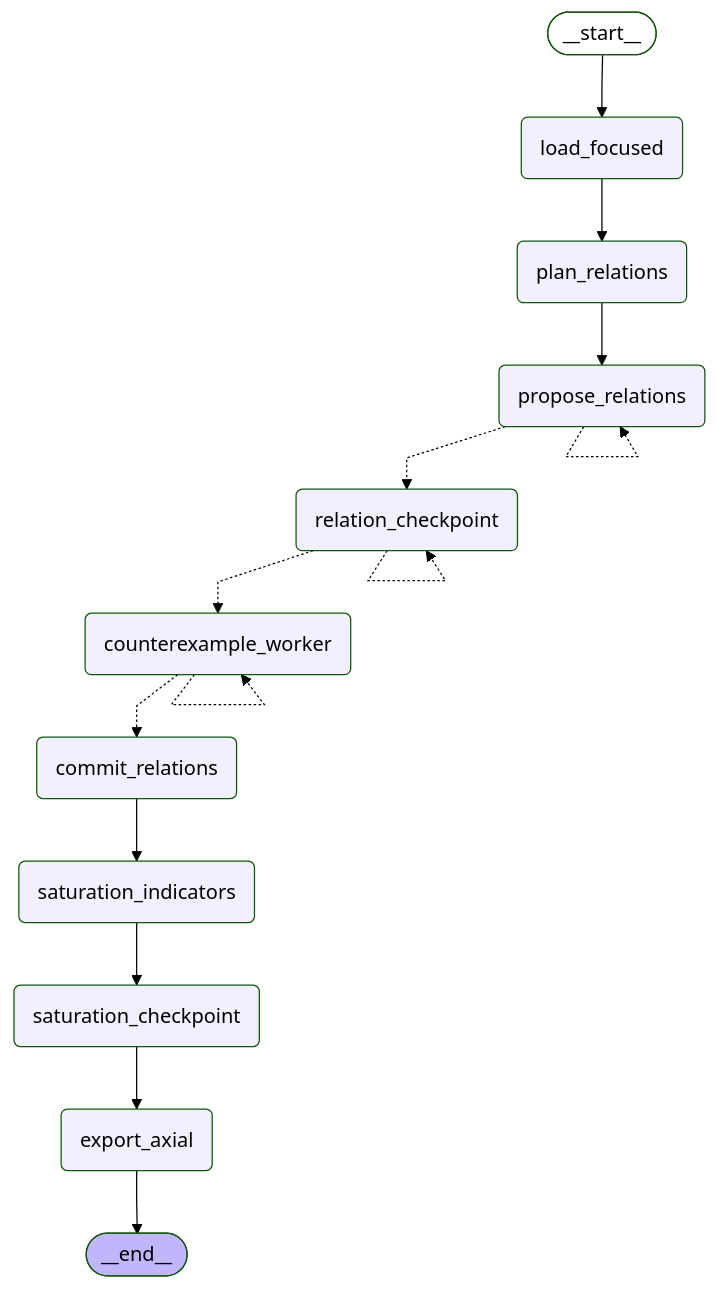
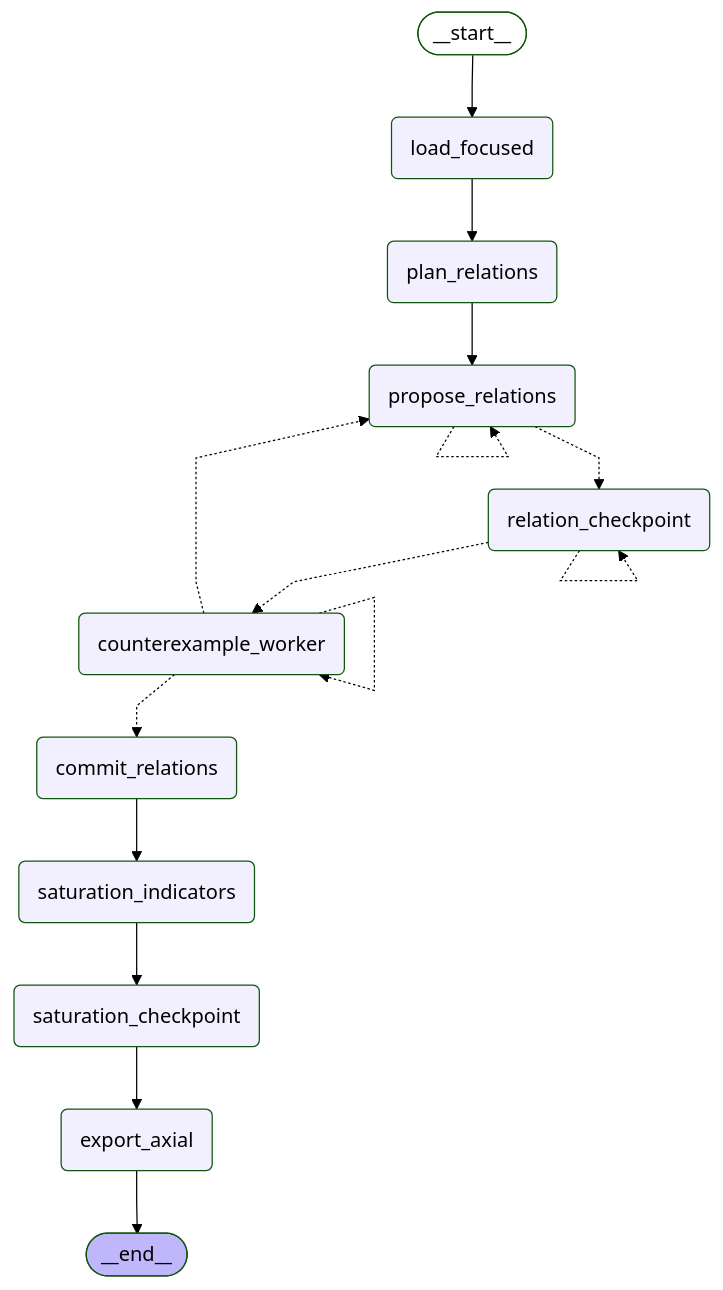
The third of 5 diagrams in README.md (davidscassell/automated-grounded-theory), drawn with Mermaid (forest theme) before and after one commit. The commit also changed other lines of this file and 94 other files, not shown here.

````diff
--- a/README.md
+++ b/README.md
@@ -236,35 +262,36 @@
 ```mermaid
 ---
 config:
   flowchart:
     curve: linear
 ---
 graph TD;
 	__start__([<p>__start__</p>]):::first
 	load_focused(load_focused)
 	plan_relations(plan_relations)
 	propose_relations(propose_relations)
 	relation_checkpoint(relation_checkpoint)
 	counterexample_worker(counterexample_worker)
 	commit_relations(commit_relations)
 	saturation_indicators(saturation_indicators)
 	saturation_checkpoint(saturation_checkpoint)
 	export_axial(export_axial)
 	__end__([<p>__end__</p>]):::last
 	__start__ --> load_focused;
 	commit_relations --> saturation_indicators;
 	counterexample_worker -.-> commit_relations;
+	counterexample_worker -.-> propose_relations;
 	load_focused --> plan_relations;
 	plan_relations --> propose_relations;
 	propose_relations -.-> relation_checkpoint;
 	relation_checkpoint -.-> counterexample_worker;
 	saturation_checkpoint --> export_axial;
 	saturation_indicators --> saturation_checkpoint;
 	export_axial --> __end__;
 	counterexample_worker -.-> counterexample_worker;
 	propose_relations -.-> propose_relations;
 	relation_checkpoint -.-> relation_checkpoint;
 	classDef default fill:#f2f0ff,line-height:1.2
 	classDef first fill-opacity:0
 	classDef last fill:#bfb6fc
 ```
````
